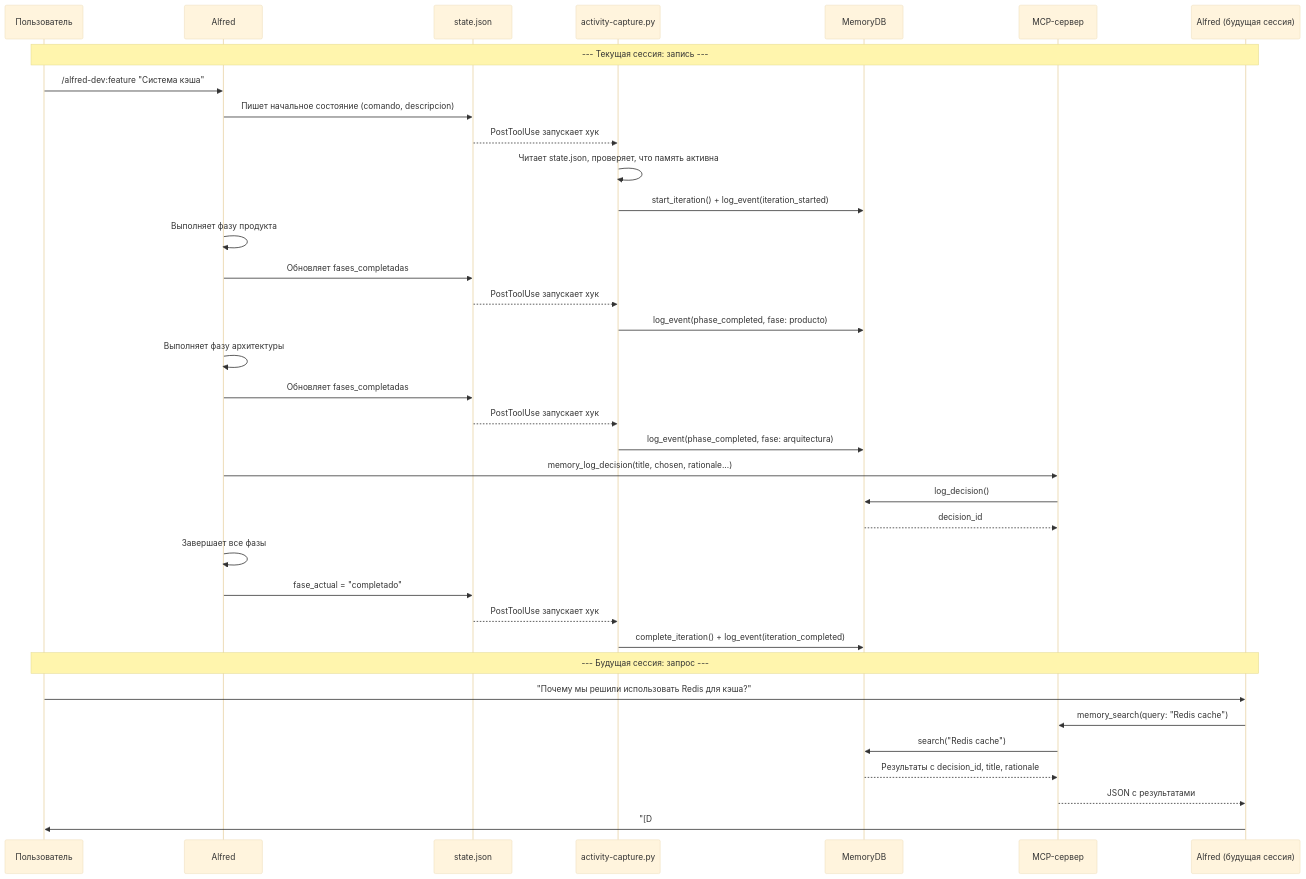
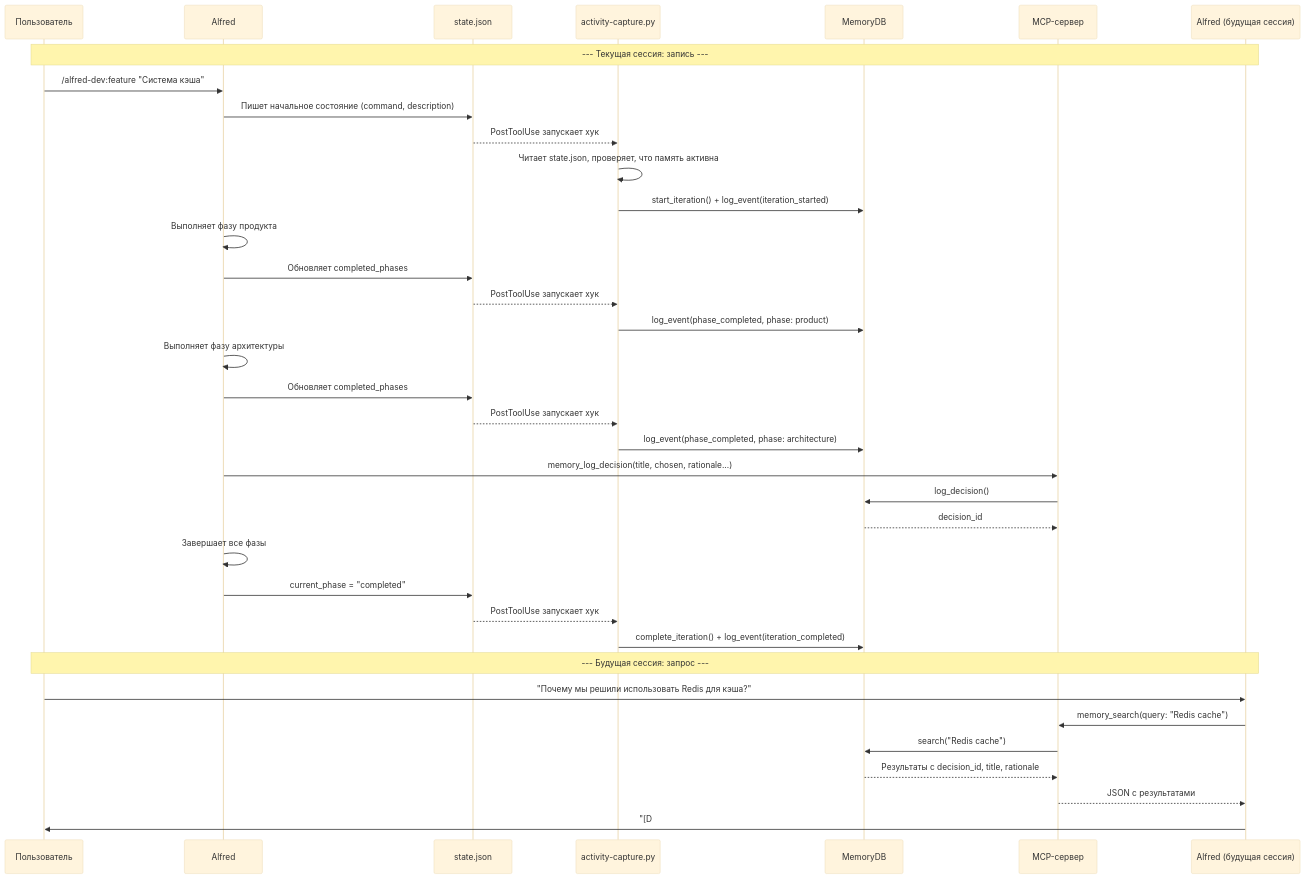
One commit to grigoriev/alfred-dev changed the second of 2 diagrams in docs/memory.md. Above: the diagram before and after it, drawn with Mermaid (base theme). The commit also changed other lines of this file and 106 other files, not shown here.

````diff
--- a/docs/memory.md
+++ b/docs/memory.md
@@ -402,46 +402,46 @@
 ```mermaid
 sequenceDiagram
     participant U as Пользователь
     participant A as Alfred
     participant S as state.json
     participant H as activity-capture.py
     participant DB as MemoryDB
     participant MCP as MCP-сервер
     participant B as Alfred (будущая сессия)
 
     Note over U,B: --- Текущая сессия: запись ---
 
     U->>A: /alfred-dev:feature "Система кэша"
-    A->>S: Пишет начальное состояние (comando, descripcion)
+    A->>S: Пишет начальное состояние (command, description)
     S-->>H: PostToolUse запускает хук
     H->>H: Читает state.json, проверяет, что память активна
     H->>DB: start_iteration() + log_event(iteration_started)
 
     A->>A: Выполняет фазу продукта
-    A->>S: Обновляет fases_completadas
+    A->>S: Обновляет completed_phases
     S-->>H: PostToolUse запускает хук
-    H->>DB: log_event(phase_completed, fase: producto)
+    H->>DB: log_event(phase_completed, phase: product)
 
     A->>A: Выполняет фазу архитектуры
-    A->>S: Обновляет fases_completadas
+    A->>S: Обновляет completed_phases
     S-->>H: PostToolUse запускает хук
-    H->>DB: log_event(phase_completed, fase: arquitectura)
+    H->>DB: log_event(phase_completed, phase: architecture)
 
     A->>MCP: memory_log_decision(title, chosen, rationale...)
     MCP->>DB: log_decision()
     DB-->>MCP: decision_id
 
     A->>A: Завершает все фазы
-    A->>S: fase_actual = "completado"
+    A->>S: current_phase = "completed"
     S-->>H: PostToolUse запускает хук
     H->>DB: complete_iteration() + log_event(iteration_completed)
 
     Note over U,B: --- Будущая сессия: запрос ---
 
     U->>B: "Почему мы решили использовать Redis для кэша?"
     B->>MCP: memory_search(query: "Redis cache")
     MCP->>DB: search("Redis cache")
     DB-->>MCP: Результаты с decision_id, title, rationale
     MCP-->>B: JSON с результатами
     B->>U: "[D#14] Выбрали Redis, потому что..."
 ```
````
